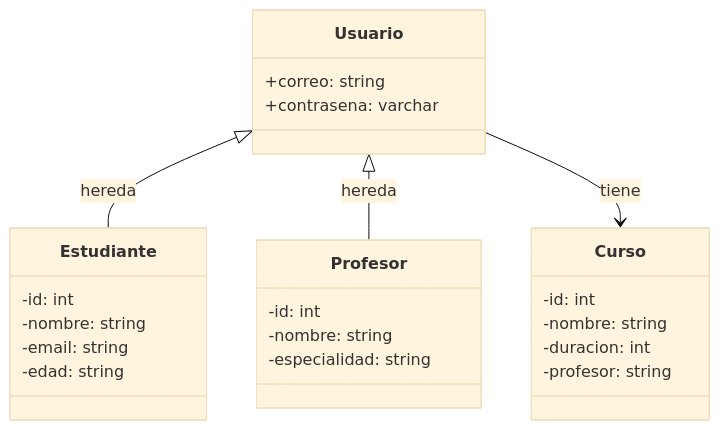
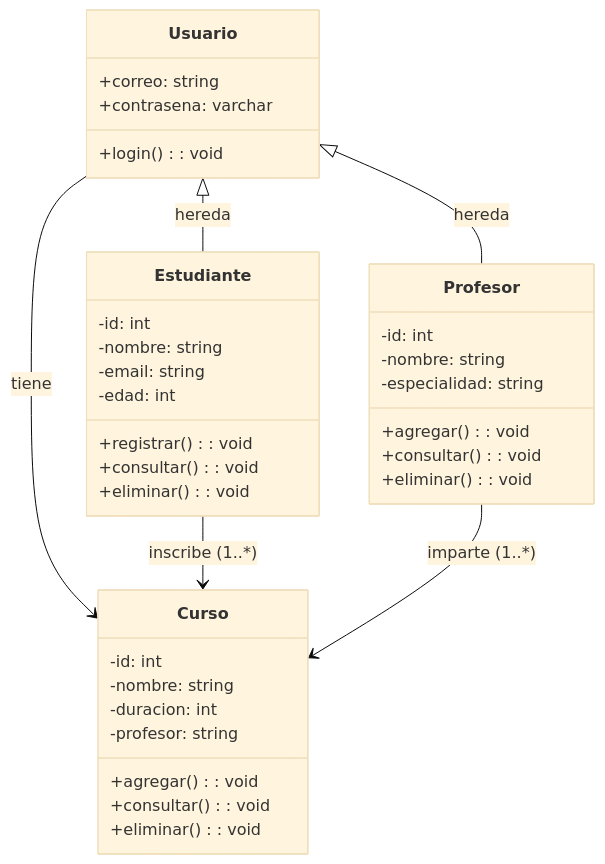
One commit to jq123071/Proyecto-avance changed the diagram in imagenes/diagramaUML.mmd. Above: the diagram before and after it, drawn with Mermaid (base theme). The commit also changed 2 other files, not shown here.

```diff
--- a/imagenes/diagramaUML.mmd
+++ b/imagenes/diagramaUML.mmd
@@ -1,28 +1,40 @@
 classDiagram
     class Usuario {
         +correo: string
         +contrasena: varchar
+        +login(): void
     }
     class Estudiante {
         -id: int
         -nombre: string
         -email: string
-        -edad: string
+        -edad: int
+        +registrar(): void
+        +consultar(): void
+        +eliminar(): void
     }
 
     class Profesor {
         -id: int
         -nombre: string
         -especialidad: string
+        +agregar(): void
+        +consultar(): void
+        +eliminar(): void
     }
 
     class Curso {
         -id: int
         -nombre: string
         -duracion: int
         -profesor: string
+        +agregar(): void
+        +consultar(): void
+        +eliminar(): void
     }
     
     Usuario <|-- Estudiante : hereda
     Usuario <|-- Profesor : hereda
     Usuario --> Curso : tiene
+    Estudiante --> Curso : inscribe (1..*)
+    Profesor --> Curso : imparte (1..*)
```
